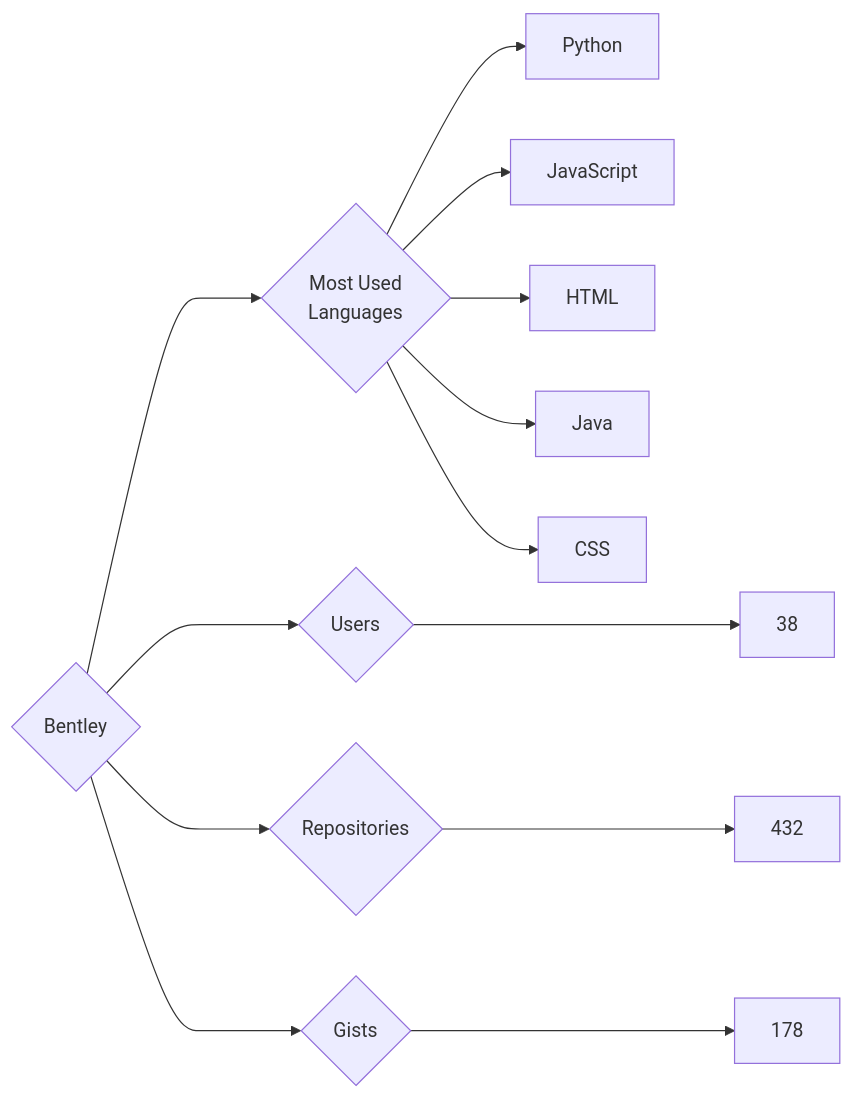
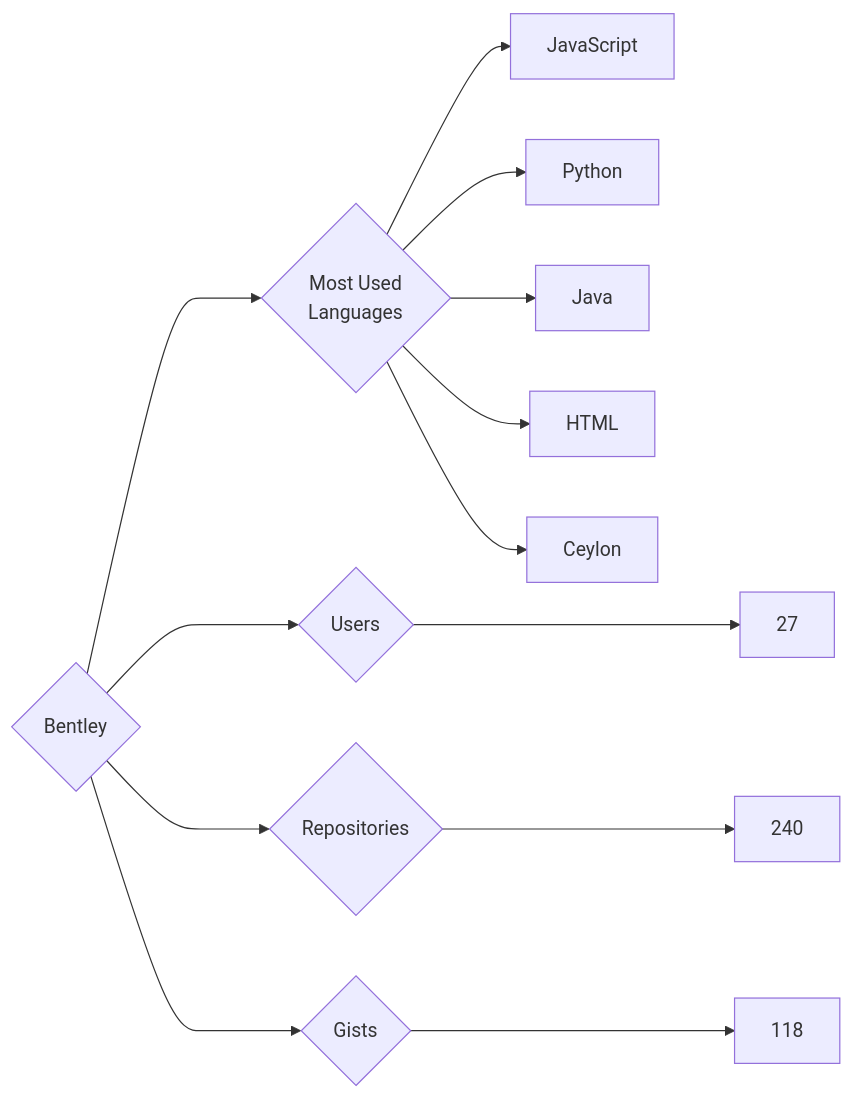
The diagram in targets/Bentley/README.md (trickest/insiders), drawn with Mermaid before and after one commit. The commit also changed 925 other files, not shown here.

````diff
--- a/targets/Bentley/README.md
+++ b/targets/Bentley/README.md
@@ -3,13 +3,13 @@
 ```mermaid
 graph LR
 COMPANY_NAME{Bentley}
-COMPANY_NAME ---> U{Users} ---> UN[38]
-COMPANY_NAME ---> R{Repositories} ---> RN[432]
-COMPANY_NAME ---> G{Gists} ---> GN[178]
+COMPANY_NAME ---> U{Users} ---> UN[27]
+COMPANY_NAME ---> R{Repositories} ---> RN[240]
+COMPANY_NAME ---> G{Gists} ---> GN[118]
 COMPANY_NAME ---> ML{Most Used<br>Languages}
+ML --> JavaScript[JavaScript]
 ML --> Python[Python]
-ML --> JavaScript[JavaScript]
+ML --> Java[Java]
 ML --> HTML[HTML]
-ML --> Java[Java]
-ML --> CSS[CSS]
+ML --> Ceylon[Ceylon]
 ```
````
